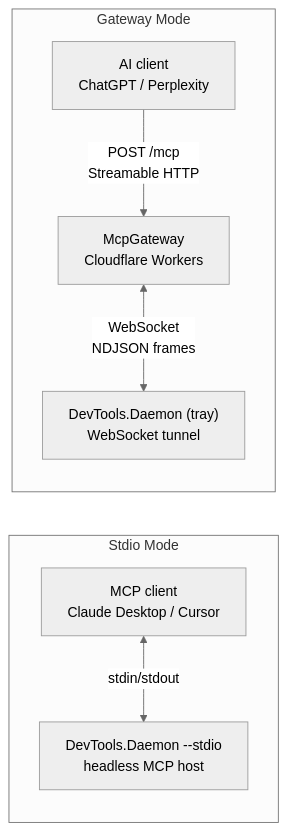
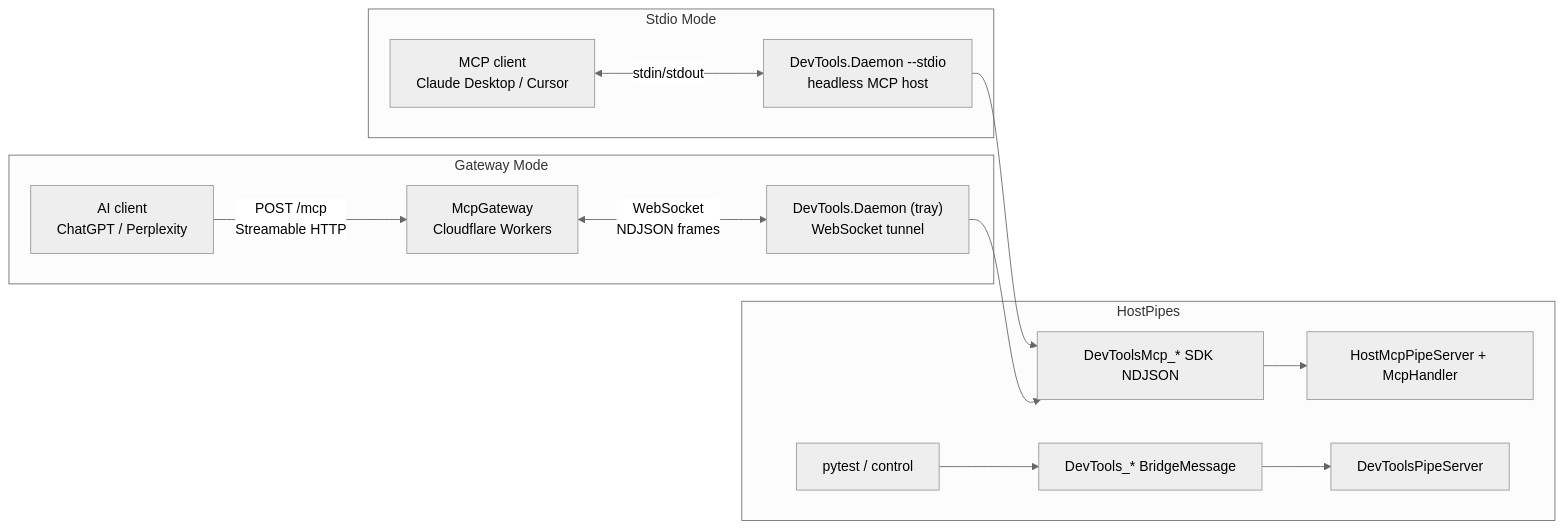
One commit to trgiangv/RevitDevTool changed the diagram in docs/architecture/MCP/transport.md. Above: the diagram before and after it, drawn with Mermaid (neutral theme). The commit also changed other lines of this file and 32 other files, not shown here.

First line of the commit message:
docs(mcp): platform architecture and product contracts for SDK 2.0

````diff
--- a/docs/architecture/MCP/transport.md
+++ b/docs/architecture/MCP/transport.md
@@ -5,16 +6,24 @@
 ```mermaid
 flowchart LR
     subgraph Stdio Mode
         Client1["MCP client<br/>Claude Desktop / Cursor"]
         Daemon1["DevTools.Daemon --stdio<br/>headless MCP host"]
         Client1 <-->|stdin/stdout| Daemon1
     end
 
     subgraph Gateway Mode
         Client2["AI client<br/>ChatGPT / Perplexity"]
         Gateway["McpGateway<br/>Cloudflare Workers"]
         Daemon2["DevTools.Daemon (tray)<br/>WebSocket tunnel"]
         Client2 -->|"POST /mcp<br/>Streamable HTTP"| Gateway
         Gateway <-->|"WebSocket<br/>NDJSON frames"| Daemon2
     end
+
+    subgraph HostPipes
+        Daemon1 --> McpPipe["DevToolsMcp_* SDK NDJSON"]
+        Daemon2 --> McpPipe
+        PytestClient["pytest / control"] --> PytestPipe["DevTools_* BridgeMessage"]
+        McpPipe --> HostWire["HostMcpPipeServer + McpHandler"]
+        PytestPipe --> PytestServer["DevToolsPipeServer"]
+    end
 ```
````
